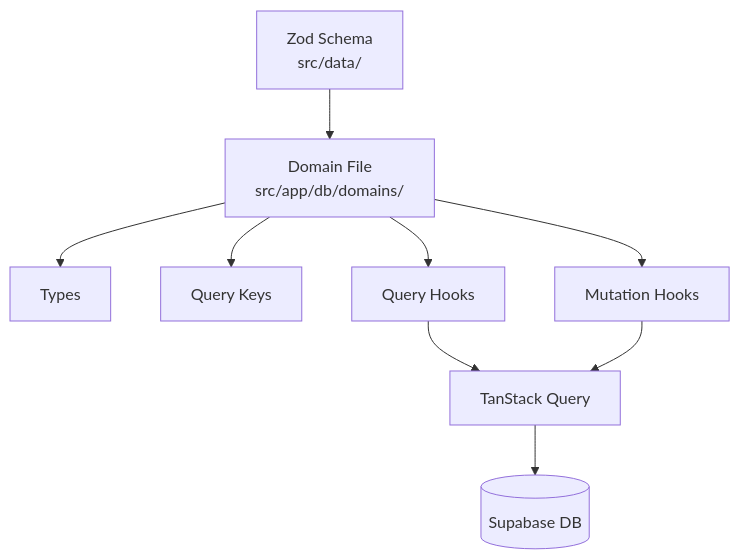
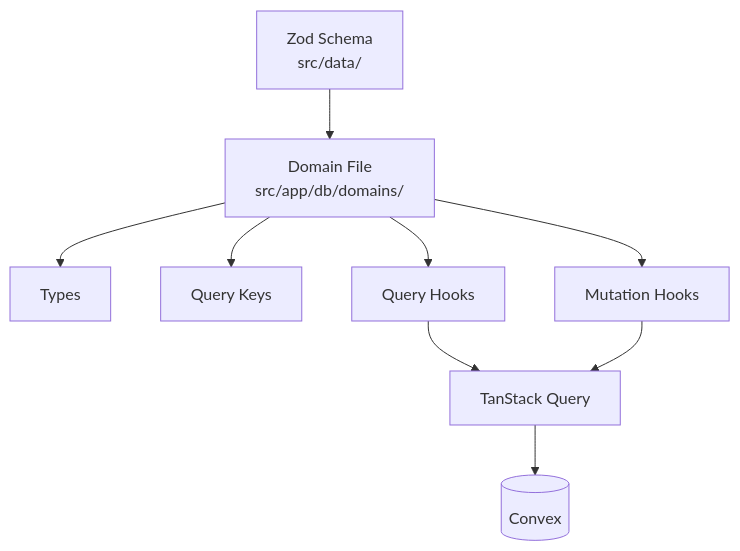
Before and after one commit to ndelangen/tanstack-start: the diagram in docs/data-layer.md, drawn with Mermaid. The commit also changed other lines of this file and 80 other files, not shown here.

````diff
--- a/docs/data-layer.md
+++ b/docs/data-layer.md
@@ -5,11 +5,11 @@
 ```mermaid
 flowchart TD
     Schema[Zod Schema<br/>src/data/] --> DomainFile[Domain File<br/>src/app/db/domains/]
     DomainFile --> Types[Types]
     DomainFile --> QueryKeys[Query Keys]
     DomainFile --> Queries[Query Hooks]
     DomainFile --> Mutations[Mutation Hooks]
     Queries --> TanStackQuery[TanStack Query]
     Mutations --> TanStackQuery
-    TanStackQuery --> Supabase[(Supabase DB)]
+    TanStackQuery --> Convex[(Convex)]
 ```
````
